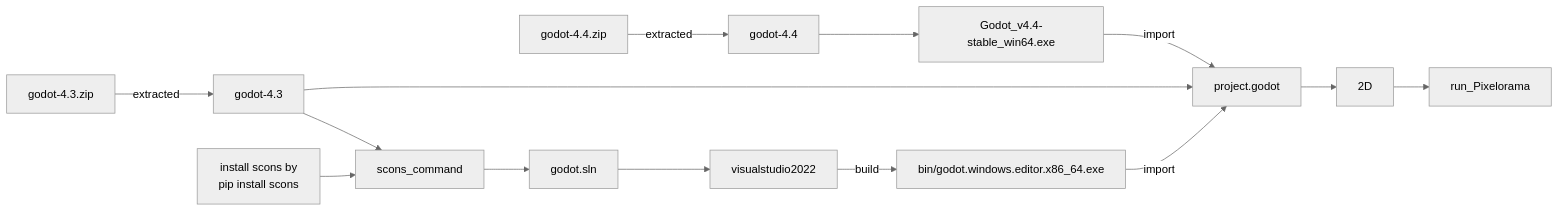
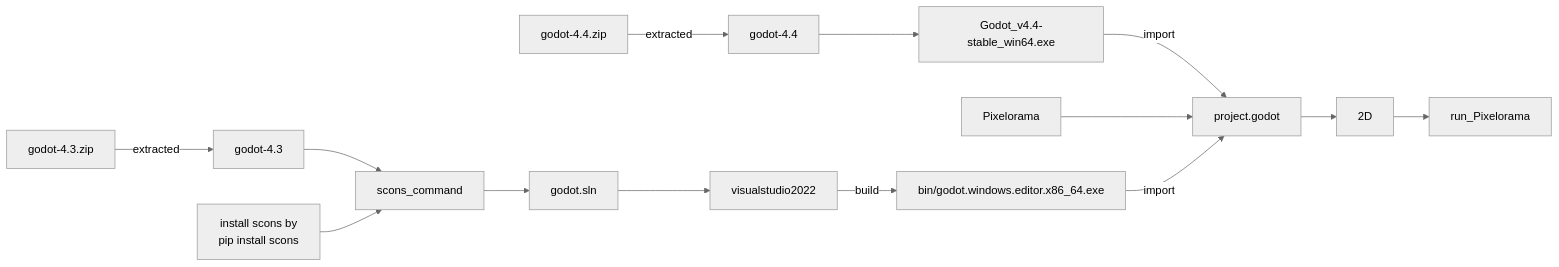
One commit to jamad/Pixelorama changed the diagram in README.md. Above: the diagram before and after it, drawn with Mermaid (neutral theme).

````diff
--- a/README.md
+++ b/README.md
@@ -15,13 +15,13 @@
 ```mermaid
 
 graph LR
 
 godot-4.4.zip -- extracted --> godot-4.4 --> Godot_v4.4-stable_win64.exe --import --> project.godot
 godot-4.3.zip -- extracted --> godot-4.3 --> scons_command -->  godot.sln --> visualstudio2022 -- build -->exe["bin/godot.windows.editor.x86_64.exe"]
 scons["install scons by <br>pip install scons"] --> scons_command
 
-godot-4.3 -->project.godot
+Pixelorama -->project.godot
 
 exe --import --> project.godot --> 2D --> run_Pixelorama 
 
 ```
````
